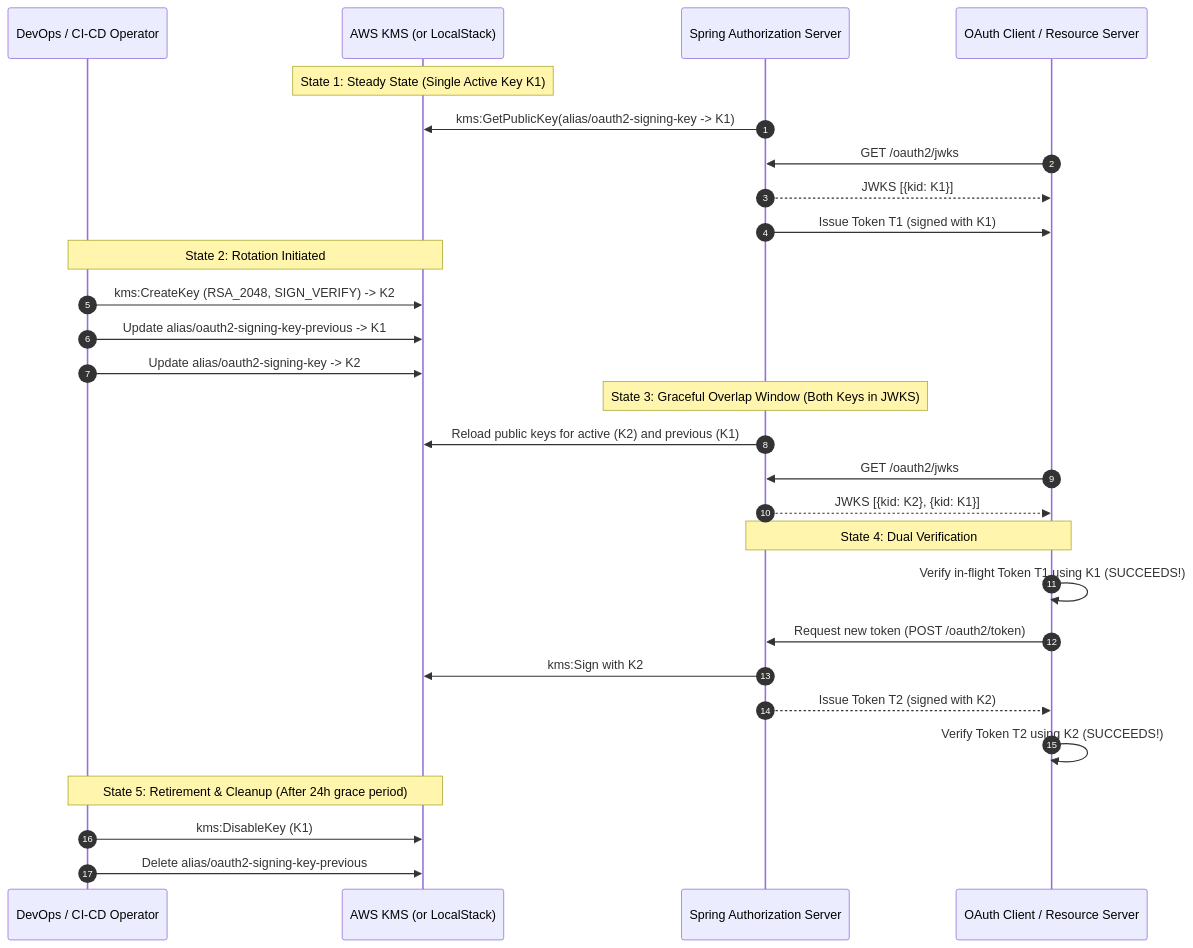
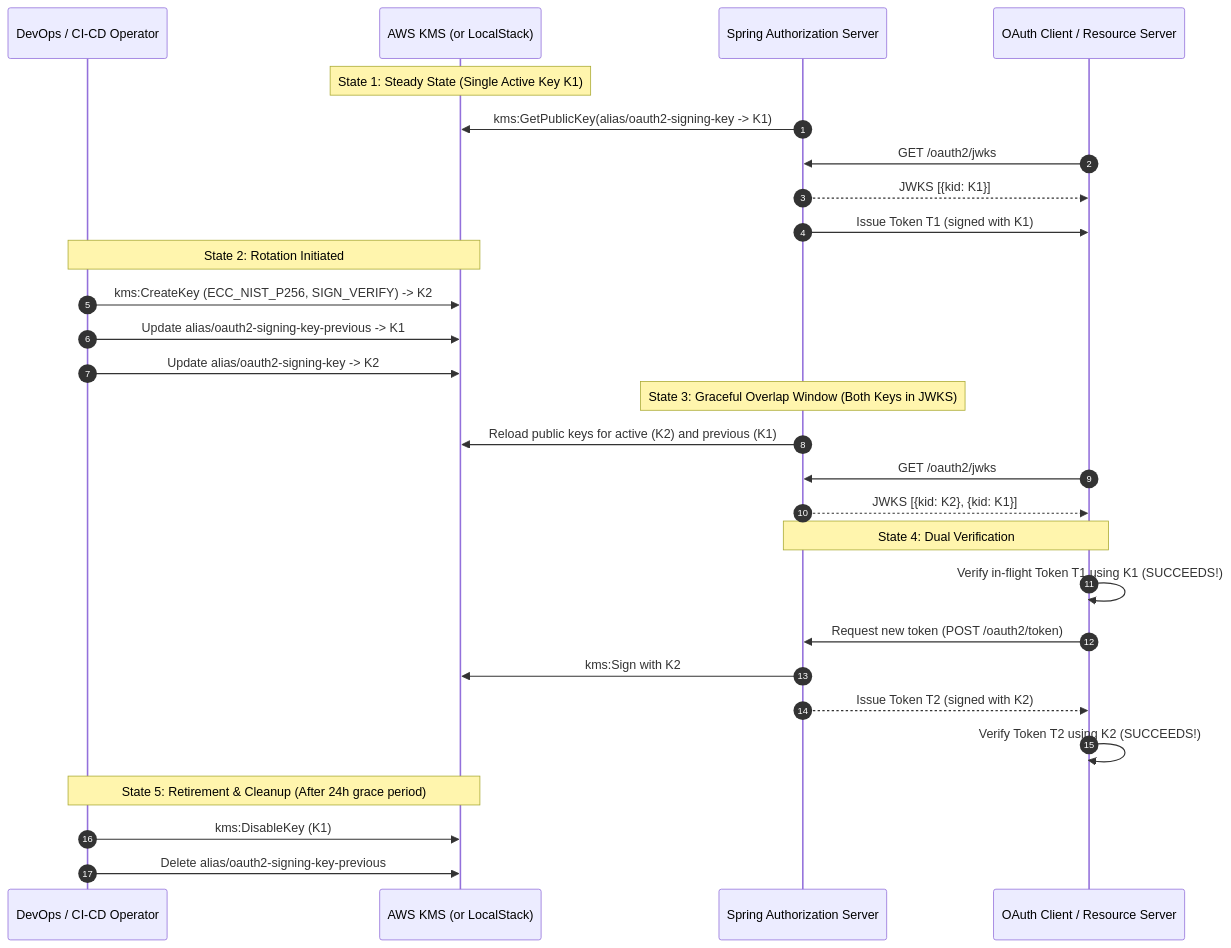
One commit to shoeyn/oauth-server changed the second of 3 diagrams in docs/architecture/kms_multi_key_rotation_flow.md. Above: the diagram before and after it, drawn with Mermaid. The commit also changed other lines of this file and 48 other files, not shown here.

````diff
--- a/docs/architecture/kms_multi_key_rotation_flow.md
+++ b/docs/architecture/kms_multi_key_rotation_flow.md
@@ -44,35 +44,35 @@
 ```mermaid
 sequenceDiagram
     autonumber
     participant Admin as DevOps / CI-CD Operator
     participant KMS as AWS KMS (or LocalStack)
     participant Spring as Spring Authorization Server
     participant Client as OAuth Client / Resource Server
 
     Note over KMS: State 1: Steady State (Single Active Key K1)
     Spring->>KMS: kms:GetPublicKey(alias/oauth2-signing-key -> K1)
     Client->>Spring: GET /oauth2/jwks
     Spring-->>Client: JWKS [{kid: K1}]
     Spring->>Client: Issue Token T1 (signed with K1)
 
     Note over Admin,KMS: State 2: Rotation Initiated
-    Admin->>KMS: kms:CreateKey (RSA_2048, SIGN_VERIFY) -> K2
+    Admin->>KMS: kms:CreateKey (ECC_NIST_P256, SIGN_VERIFY) -> K2
     Admin->>KMS: Update alias/oauth2-signing-key-previous -> K1
     Admin->>KMS: Update alias/oauth2-signing-key -> K2
 
     Note over Spring: State 3: Graceful Overlap Window (Both Keys in JWKS)
     Spring->>KMS: Reload public keys for active (K2) and previous (K1)
     Client->>Spring: GET /oauth2/jwks
     Spring-->>Client: JWKS [{kid: K2}, {kid: K1}]
 
     Note over Client,Spring: State 4: Dual Verification
     Client->>Client: Verify in-flight Token T1 using K1 (SUCCEEDS!)
     Client->>Spring: Request new token (POST /oauth2/token)
     Spring->>KMS: kms:Sign with K2
     Spring-->>Client: Issue Token T2 (signed with K2)
     Client->>Client: Verify Token T2 using K2 (SUCCEEDS!)
 
     Note over Admin,KMS: State 5: Retirement & Cleanup (After 24h grace period)
     Admin->>KMS: kms:DisableKey (K1)
     Admin->>KMS: Delete alias/oauth2-signing-key-previous
 ```
````
